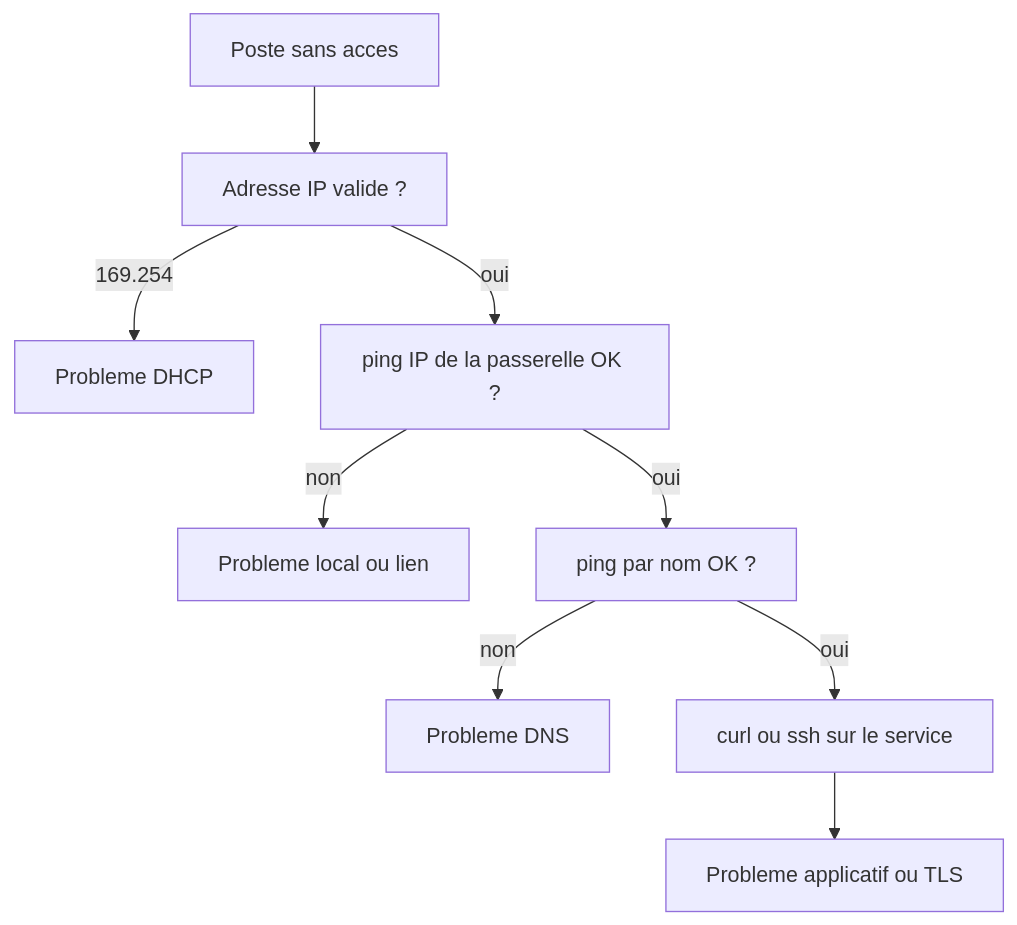
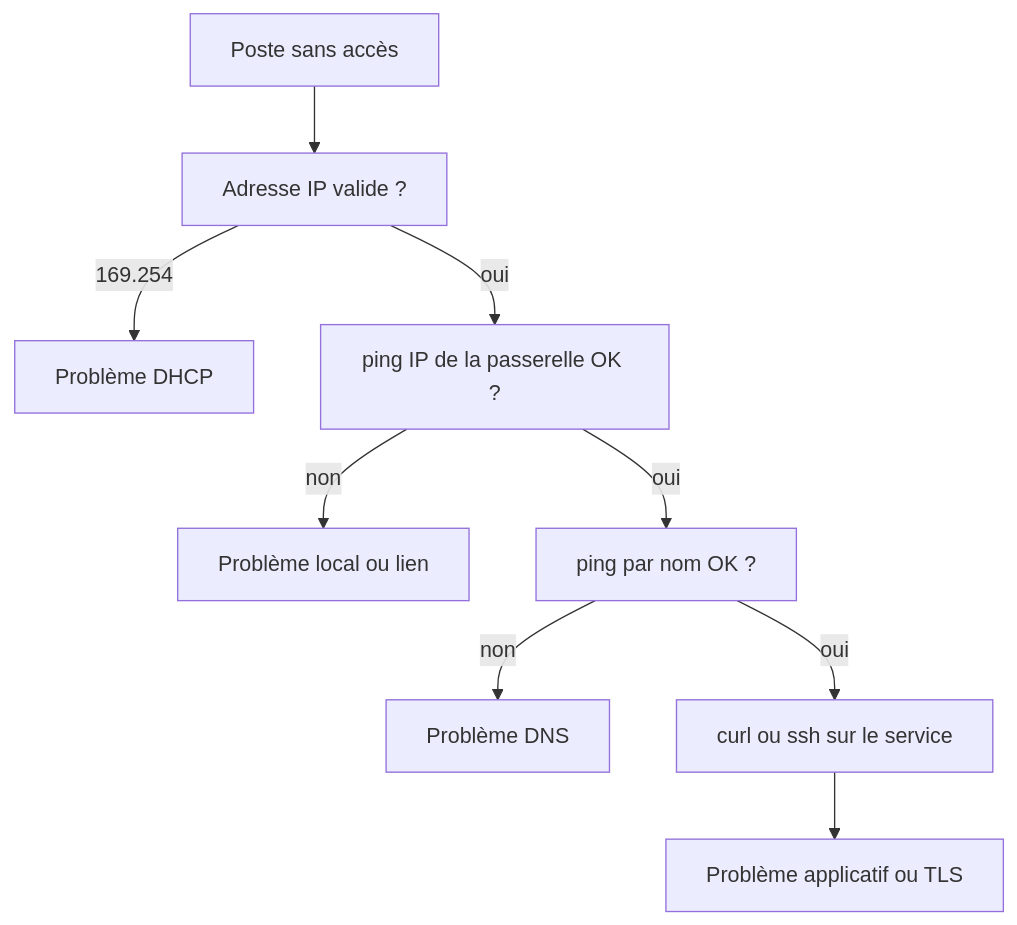
The fourth of 4 diagrams in courses/reseaux-cybersecurite/07_protocoles_services.md (Gooseppr/GevOps_LC), drawn with Mermaid before and after one commit. The commit also changed other lines of this file and 56 other files, not shown here.

````diff
--- a/courses/reseaux-cybersecurite/07_protocoles_services.md
+++ b/courses/reseaux-cybersecurite/07_protocoles_services.md
@@ -371,11 +371,11 @@
 ```mermaid
 flowchart TD
-    A["Poste sans acces"] --> B["Adresse IP valide ?"]
-    B -->|169.254| C["Probleme DHCP"]
+    A["Poste sans accès"] --> B["Adresse IP valide ?"]
+    B -->|169.254| C["Problème DHCP"]
     B -->|oui| D["ping IP de la passerelle OK ?"]
-    D -->|non| E["Probleme local ou lien"]
+    D -->|non| E["Problème local ou lien"]
     D -->|oui| F["ping par nom OK ?"]
-    F -->|non| G["Probleme DNS"]
+    F -->|non| G["Problème DNS"]
     F -->|oui| H["curl ou ssh sur le service"]
-    H --> I["Probleme applicatif ou TLS"]
+    H --> I["Problème applicatif ou TLS"]
 ```
````
